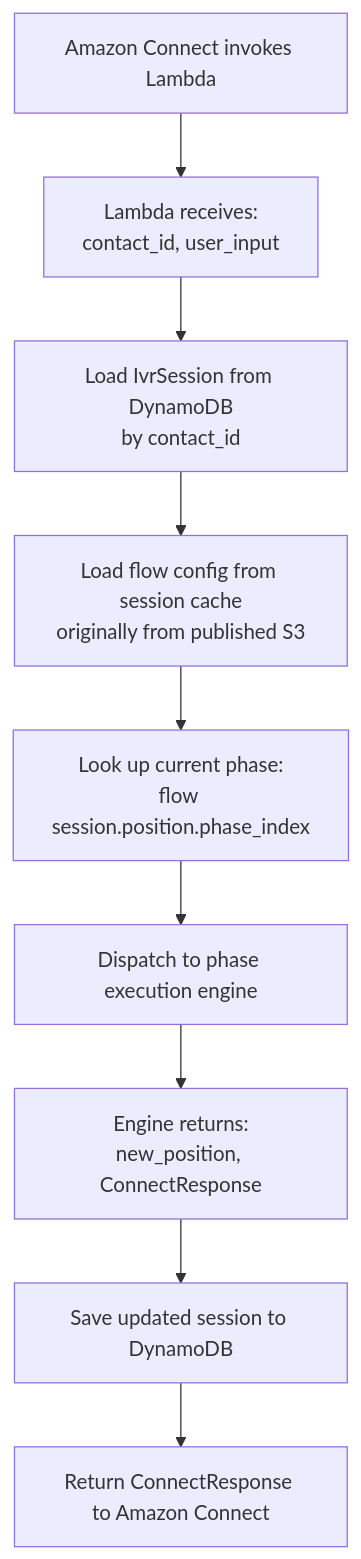
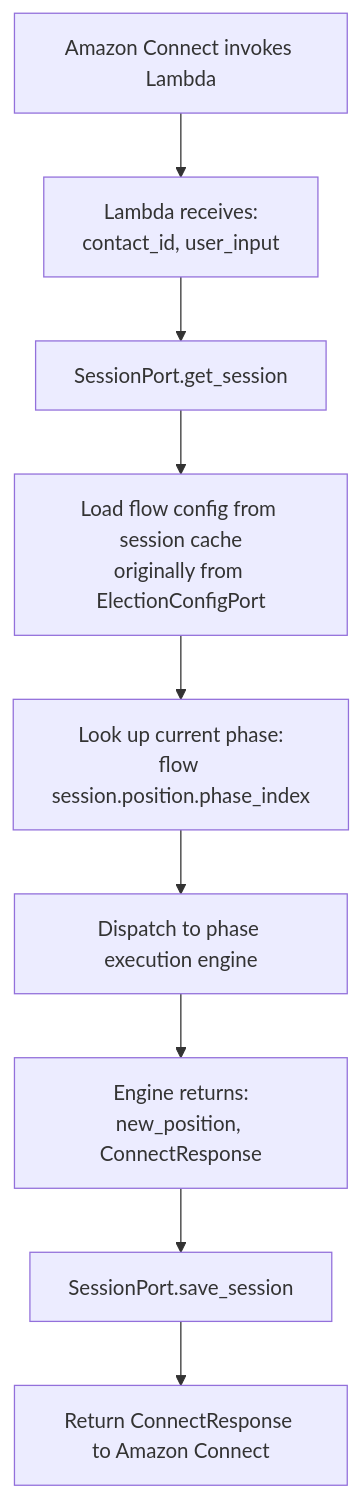
Before and after one commit to sequentech/step: the fourth of 11 diagrams in docs/docusaurus/docs/07-developers/12-ivr/ivr-system-design.md, drawn with Mermaid. The commit also changed other lines of this file, not shown here.

````diff
--- a/docs/docusaurus/docs/07-developers/12-ivr/ivr-system-design.md
+++ b/docs/docusaurus/docs/07-developers/12-ivr/ivr-system-design.md
@@ -201,11 +421,11 @@
 ```mermaid
 flowchart TD
     A[Amazon Connect invokes Lambda] --> B[Lambda receives:<br/>contact_id, user_input]
-    B --> C[Load IvrSession from DynamoDB<br/>by contact_id]
-    C --> D[Load flow config from session cache<br/>originally from published S3]
+    B --> C[SessionPort.get_session]
+    C --> D[Load flow config from session cache<br/>originally from ElectionConfigPort]
     D --> E[Look up current phase:<br/>flow session.position.phase_index]
     E --> F[Dispatch to phase execution engine]
     F --> G[Engine returns:<br/>new_position, ConnectResponse]
-    G --> H[Save updated session to DynamoDB]
+    G --> H[SessionPort.save_session]
     H --> I[Return ConnectResponse to Amazon Connect]
 ```
````
